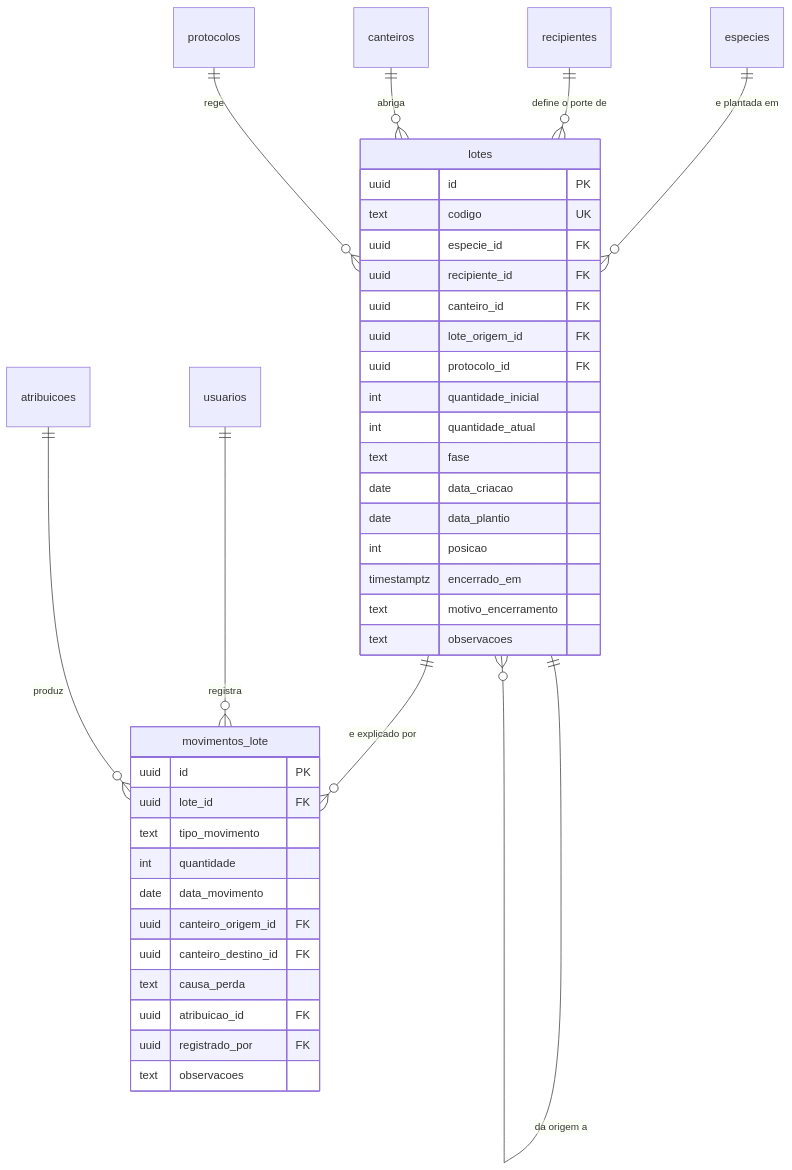
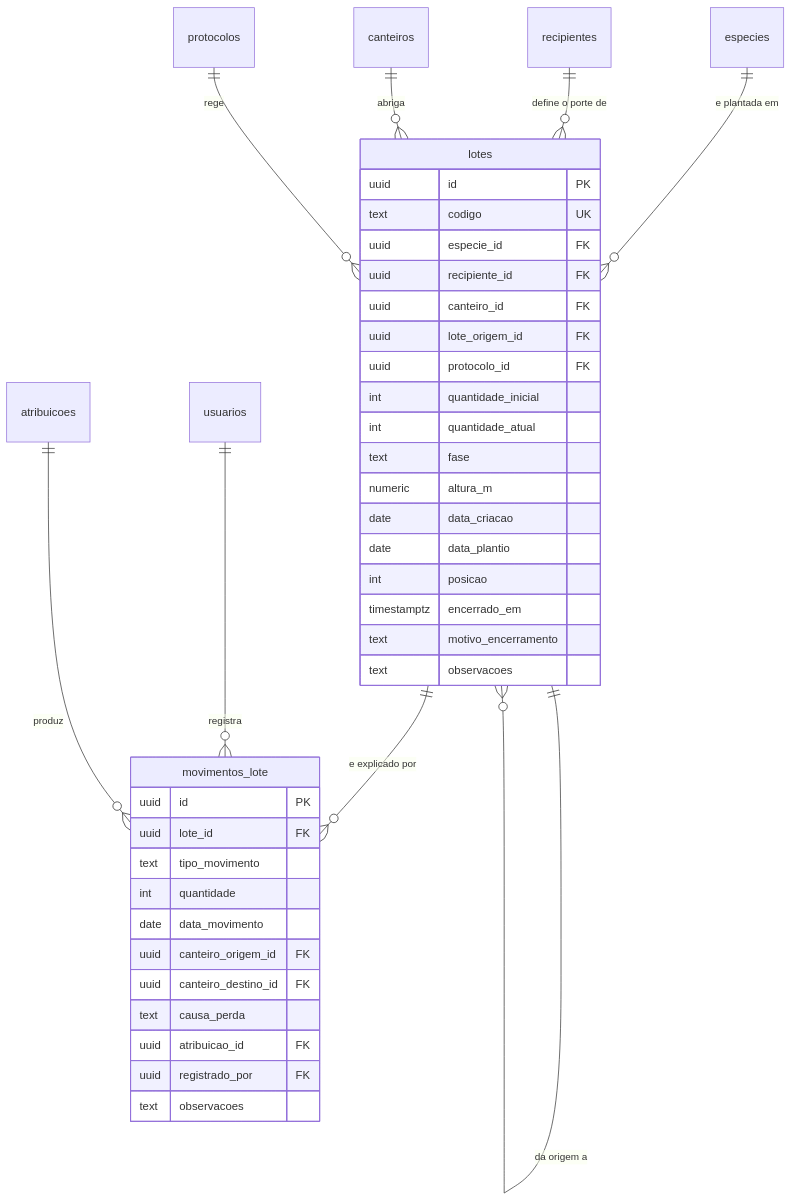
Before and after one commit to JoaoMudar/tcc: the diagram in docs/engenharia/modelo-dados-pt/mmd/fig15-producao-lote.mmd, drawn with Mermaid. The commit also changed 56 other files, not shown here.

```diff
--- a/docs/engenharia/modelo-dados-pt/mmd/fig15-producao-lote.mmd
+++ b/docs/engenharia/modelo-dados-pt/mmd/fig15-producao-lote.mmd
@@ -1,47 +1,48 @@
 erDiagram
   lotes {
     uuid        id PK
     text        codigo UK
     uuid        especie_id FK
     uuid        recipiente_id FK
     uuid        canteiro_id FK
     uuid        lote_origem_id FK
     uuid        protocolo_id FK
     int         quantidade_inicial
     int         quantidade_atual
     text        fase
+    numeric     altura_m
     date        data_criacao
     date        data_plantio
     int         posicao
     timestamptz encerrado_em
     text        motivo_encerramento
     text        observacoes
   }
   movimentos_lote {
     uuid id PK
     uuid lote_id FK
     text tipo_movimento
     int  quantidade
     date data_movimento
     uuid canteiro_origem_id FK
     uuid canteiro_destino_id FK
     text causa_perda
     uuid atribuicao_id FK
     uuid registrado_por FK
     text observacoes
   }
   especies {}
   recipientes {}
   canteiros {}
   usuarios {}
   atribuicoes {}
   protocolos {}
 
   lotes ||--o{ movimentos_lote : "e explicado por"
   lotes ||--o{ lotes           : "da origem a"
   especies    ||--o{ lotes : "e plantada em"
   recipientes ||--o{ lotes : "define o porte de"
   canteiros   ||--o{ lotes : "abriga"
   usuarios    ||--o{ movimentos_lote : "registra"
   atribuicoes ||--o{ movimentos_lote : "produz"
   protocolos  ||--o{ lotes : "rege"
```
